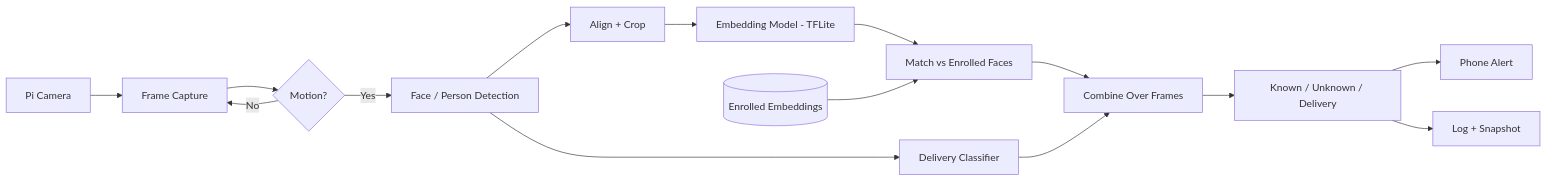
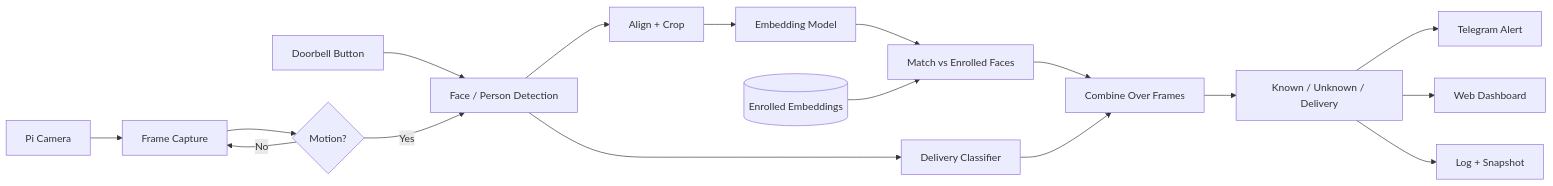
One commit to neural682/offline-smart-doorbell changed the diagram in README.md. Above: the diagram before and after it, drawn with Mermaid. The commit also changed other lines of this file, not shown here.

````diff
--- a/README.md
+++ b/README.md
@@ -37,17 +39,19 @@
 ```mermaid
 flowchart LR
     A[Pi Camera] --> B[Frame Capture]
+    P[Doorbell Button] --> C
     B --> M{Motion?}
     M -- No --> B
     M -- Yes --> C[Face / Person Detection]
     C --> D[Align + Crop]
     C --> H[Delivery Classifier]
-    D --> E[Embedding Model - TFLite]
+    D --> E[Embedding Model]
     E --> F[Match vs Enrolled Faces]
     G[(Enrolled Embeddings)] --> F
     F --> T[Combine Over Frames]
     H --> T
     T --> I[Known / Unknown / Delivery]
-    I --> J[Phone Alert]
+    I --> J[Telegram Alert]
+    I --> W[Web Dashboard]
     I --> K[Log + Snapshot]
 ```
````
